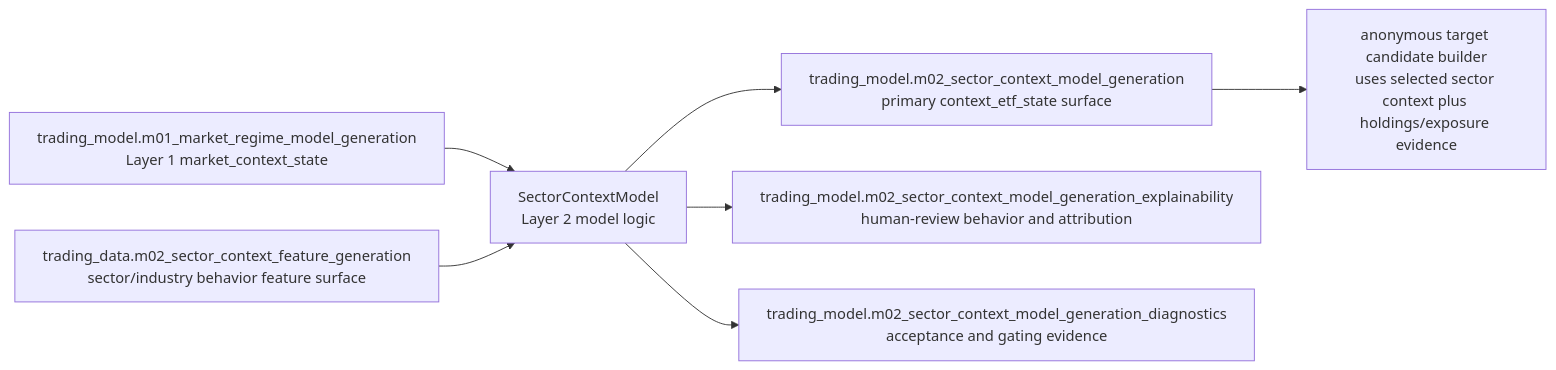
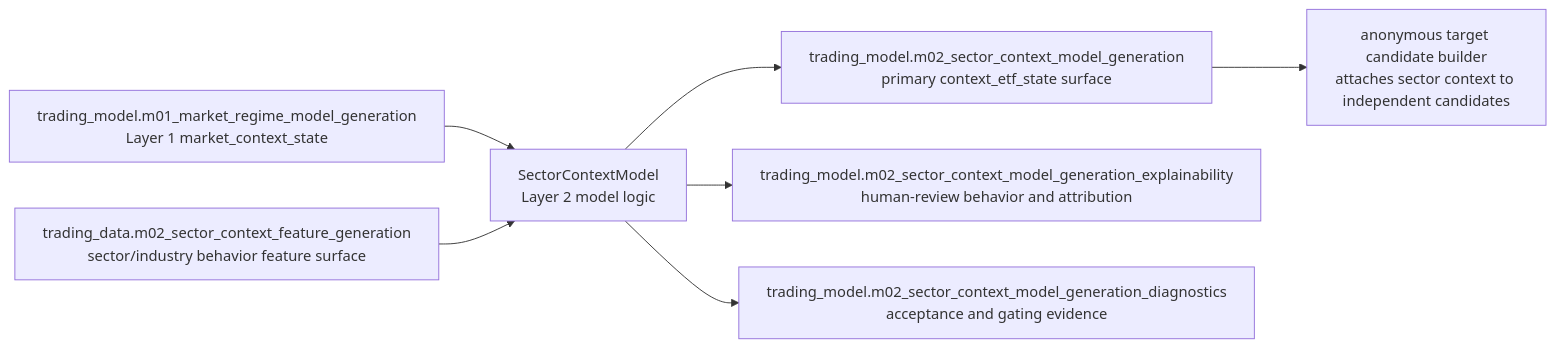
Before and after one commit to gilmore307/trading-model: the diagram in docs/11_layer_02_sector_context.md, drawn with Mermaid. The commit also changed other lines of this file and 13 other files, not shown here.

Commit message:
Detach Layer 3 candidates from sector baskets

````diff
--- a/docs/11_layer_02_sector_context.md
+++ b/docs/11_layer_02_sector_context.md
@@ -64,16 +64,16 @@
 ```mermaid
 flowchart LR
     l1["trading_model.m01_market_regime_model_generation<br/>Layer 1 market_context_state"]
     feature["trading_data.m02_sector_context_feature_generation<br/>sector/industry behavior feature surface"]
     model["SectorContextModel<br/>Layer 2 model logic"]
     output["trading_model.m02_sector_context_model_generation<br/>primary context_etf_state surface"]
     explain["trading_model.m02_sector_context_model_generation_explainability<br/>human-review behavior and attribution"]
     diagnostics["trading_model.m02_sector_context_model_generation_diagnostics<br/>acceptance and gating evidence"]
-    builder["anonymous target candidate builder<br/>uses selected sector context plus holdings/exposure evidence"]
+    builder["anonymous target candidate builder<br/>attaches sector context to independent candidates"]
 
     l1 --> model
     feature --> model
     model --> output --> builder
     model --> explain
     model --> diagnostics
 ```
````
